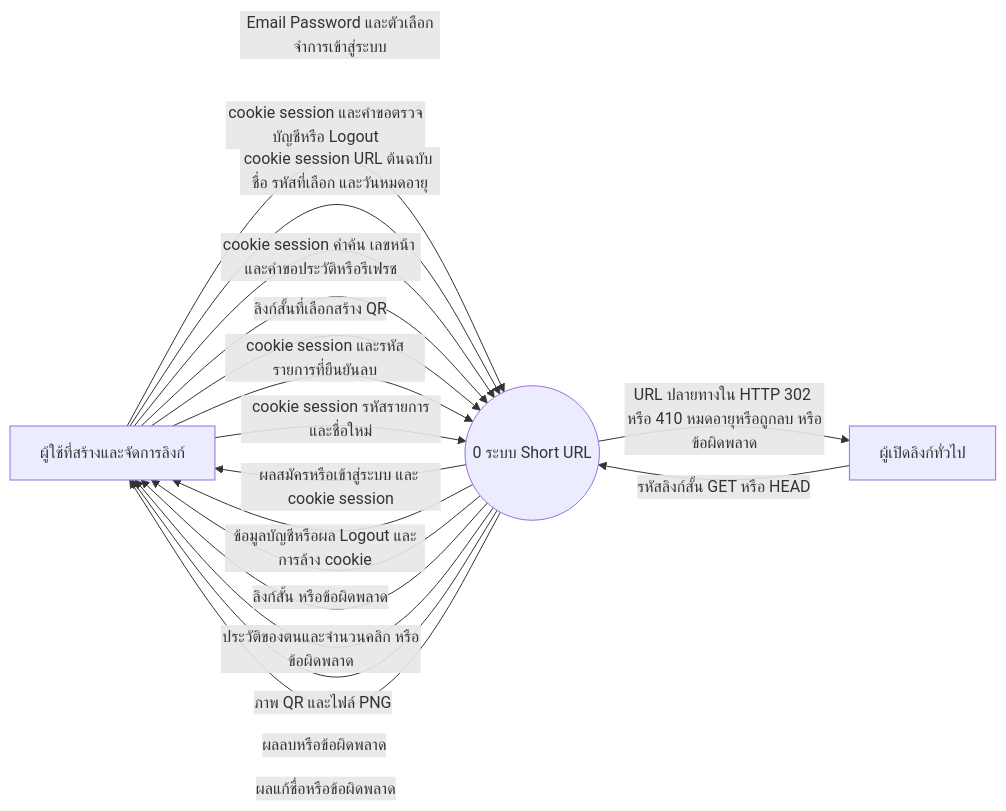
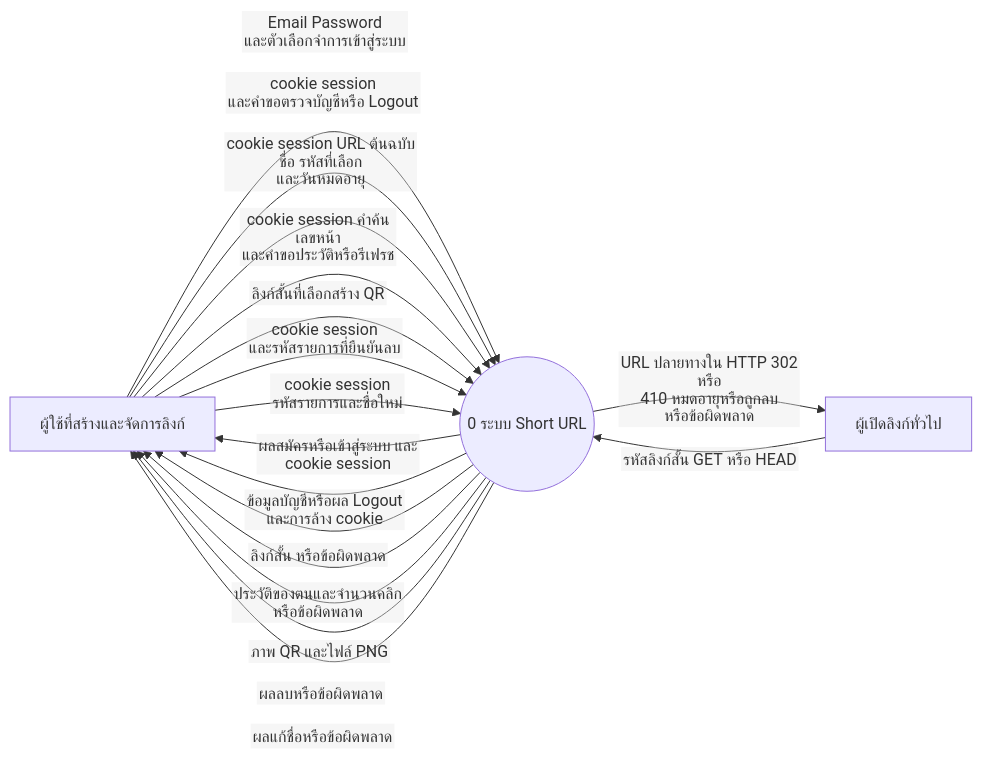
The first of 3 diagrams in docs/DFD.md (Nawaphon05/Short-Url), drawn with Mermaid before and after one commit. The commit also changed other lines of this file and 1 other file, not shown here.

Commit message:
แก้ข้อความถูกตัดในแผนภาพ DFD และ Architecture

````diff
--- a/docs/DFD.md
+++ b/docs/DFD.md
@@ -10,22 +10,23 @@
 ```mermaid
+%%{init: {"flowchart": {"htmlLabels": false}}}%%
 flowchart LR
-    U[ผู้ใช้ที่สร้างและจัดการลิงก์]
-    V[ผู้เปิดลิงก์ทั่วไป]
-    P((0 ระบบ Short URL))
-    U -->|Email Password และตัวเลือกจำการเข้าสู่ระบบ| P
-    P -->|ผลสมัครหรือเข้าสู่ระบบ และ cookie session| U
-    U -->|cookie session และคำขอตรวจบัญชีหรือ Logout| P
-    P -->|ข้อมูลบัญชีหรือผล Logout และการล้าง cookie| U
-    U -->|cookie session URL ต้นฉบับ ชื่อ รหัสที่เลือก และวันหมดอายุ| P
-    P -->|ลิงก์สั้น หรือข้อผิดพลาด| U
-    U -->|cookie session คำค้น เลขหน้า และคำขอประวัติหรือรีเฟรช| P
-    P -->|ประวัติของตนและจำนวนคลิก หรือข้อผิดพลาด| U
-    U -->|ลิงก์สั้นที่เลือกสร้าง QR| P
-    P -->|ภาพ QR และไฟล์ PNG| U
-    U -->|cookie session และรหัสรายการที่ยืนยันลบ| P
-    P -->|ผลลบหรือข้อผิดพลาด| U
-    U -->|cookie session รหัสรายการและชื่อใหม่| P
-    P -->|ผลแก้ชื่อหรือข้อผิดพลาด| U
-    V -->|รหัสลิงก์สั้น GET หรือ HEAD| P
-    P -->|URL ปลายทางใน HTTP 302 หรือ 410 หมดอายุหรือถูกลบ หรือข้อผิดพลาด| V
+    U["ผู้ใช้ที่สร้างและจัดการลิงก์"]
+    V["ผู้เปิดลิงก์ทั่วไป"]
+    P(("0 ระบบ Short URL"))
+    U -->|"Email Password<br/>และตัวเลือกจำการเข้าสู่ระบบ"| P
+    P -->|"ผลสมัครหรือเข้าสู่ระบบ และ<br/>cookie session"| U
+    U -->|"cookie session<br/>และคำขอตรวจบัญชีหรือ Logout"| P
+    P -->|"ข้อมูลบัญชีหรือผล Logout<br/>และการล้าง cookie"| U
+    U -->|"cookie session URL ต้นฉบับ<br/>ชื่อ รหัสที่เลือก<br/>และวันหมดอายุ"| P
+    P -->|"ลิงก์สั้น หรือข้อผิดพลาด"| U
+    U -->|"cookie session คำค้น<br/>เลขหน้า<br/>และคำขอประวัติหรือรีเฟรช"| P
+    P -->|"ประวัติของตนและจำนวนคลิก<br/>หรือข้อผิดพลาด"| U
+    U -->|"ลิงก์สั้นที่เลือกสร้าง QR"| P
+    P -->|"ภาพ QR และไฟล์ PNG"| U
+    U -->|"cookie session<br/>และรหัสรายการที่ยืนยันลบ"| P
+    P -->|"ผลลบหรือข้อผิดพลาด"| U
+    U -->|"cookie session<br/>รหัสรายการและชื่อใหม่"| P
+    P -->|"ผลแก้ชื่อหรือข้อผิดพลาด"| U
+    V -->|"รหัสลิงก์สั้น GET หรือ HEAD"| P
+    P -->|"URL ปลายทางใน HTTP 302 หรือ<br/>410 หมดอายุหรือถูกลบ<br/>หรือข้อผิดพลาด"| V
 ```
````
